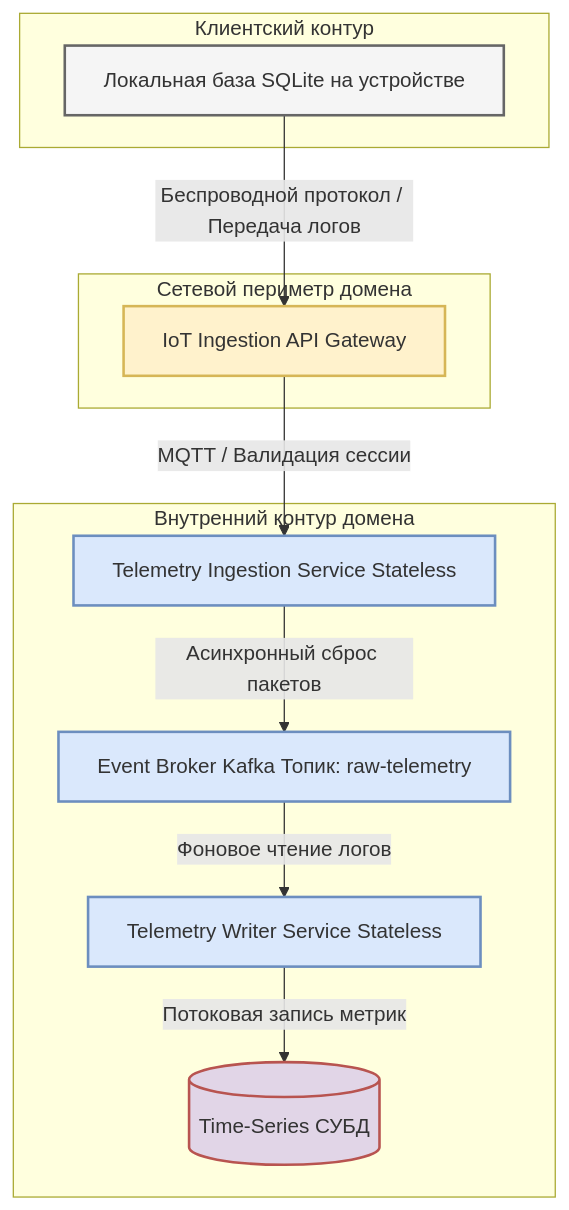
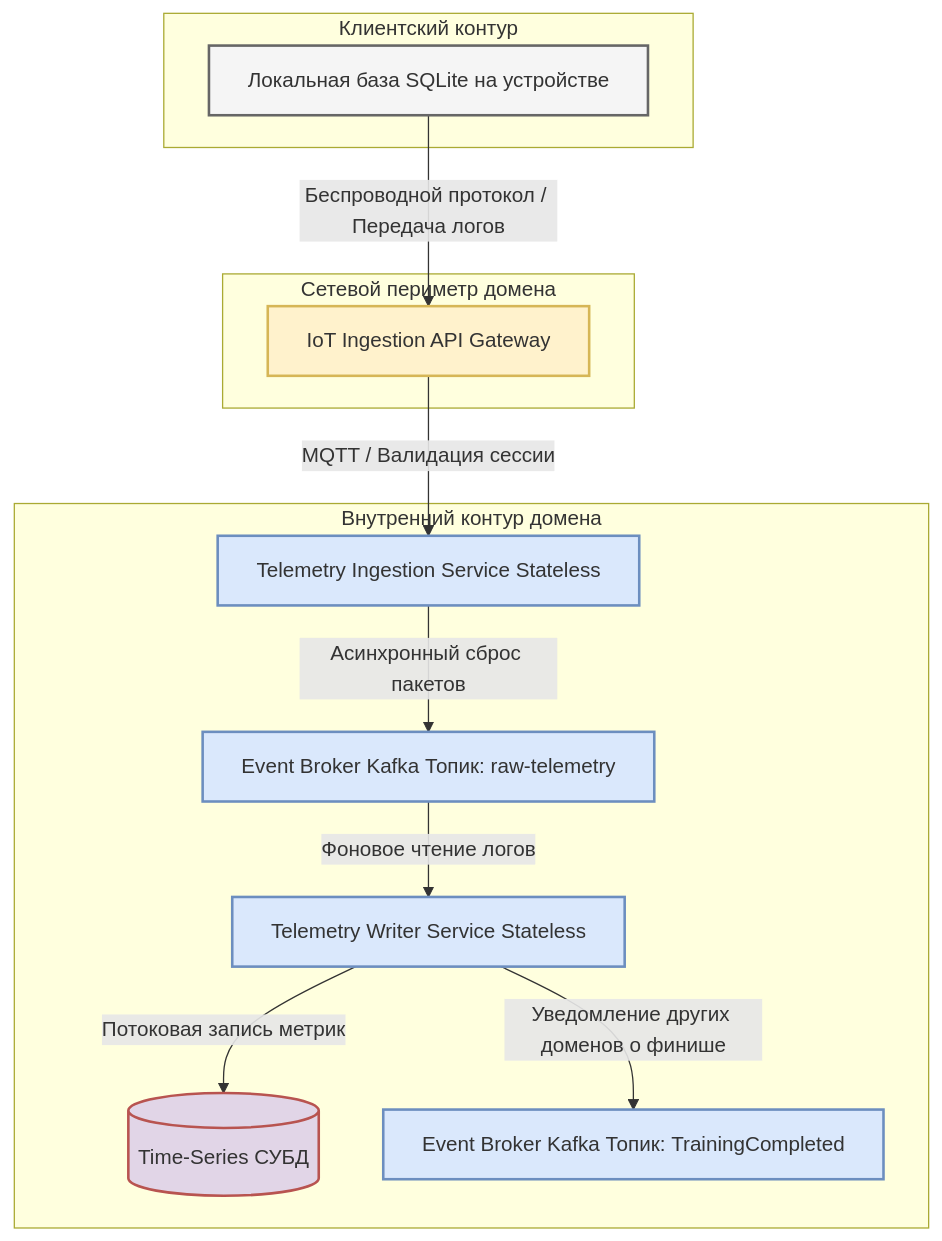
The first of 5 diagrams in stage-2-planning/13-component-architecture.md (Maksim-Burning-Inside/Sports-app-architecture), drawn with Mermaid before and after one commit. The commit also changed other lines of this file, not shown here.

````diff
--- a/stage-2-planning/13-component-architecture.md
+++ b/stage-2-planning/13-component-architecture.md
@@ -15,31 +15,33 @@
 ```mermaid
 %%{init: {"flowchart": {"htmlLabels": true, "wrappingWidth": 500}, "themeCSS": ".edgeLabel foreignObject { overflow: visible; !important } .edgeLabel span { white-space: normal; !important; display: block; max-width: 500px; }"}}%%
 graph TD
     %% Описание стилей для красивого отображения
     classDef perimeter fill:#fff2cc,stroke:#d6b656,stroke-width:2px;
     classDef internal fill:#dae8fc,stroke:#6c8ebf,stroke-width:2px;
     classDef db fill:#e1d5e7,stroke:#b85450,stroke-width:2px;
     classDef client fill:#f5f5f5,stroke:#666666,stroke-width:2px;
 
     subgraph Клиентский контур
         A[Локальная база SQLite на устройстве]:::client
     end
 
     subgraph Сетевой периметр домена
         B[IoT Ingestion API Gateway]:::perimeter
     end
 
     subgraph Внутренний контур домена
         C[Telemetry Ingestion Service Stateless]:::internal
         D[Event Broker Kafka Топик: raw-telemetry]:::internal
         E[Telemetry Writer Service Stateless]:::internal
         F[(Time-Series СУБД)]:::db
+        G[Event Broker Kafka Топик: TrainingCompleted]:::internal
     end
 
     %% Направление движения потока данных
     A -->|Беспроводной протокол / Передача логов| B
     B -->|MQTT / Валидация сессии| C
     C -->|Асинхронный сброс пакетов| D
     D -->|Фоновое чтение логов| E
     E -->|Потоковая запись метрик| F
+    E -->|Уведомление других доменов о финише| G
 ```
````
